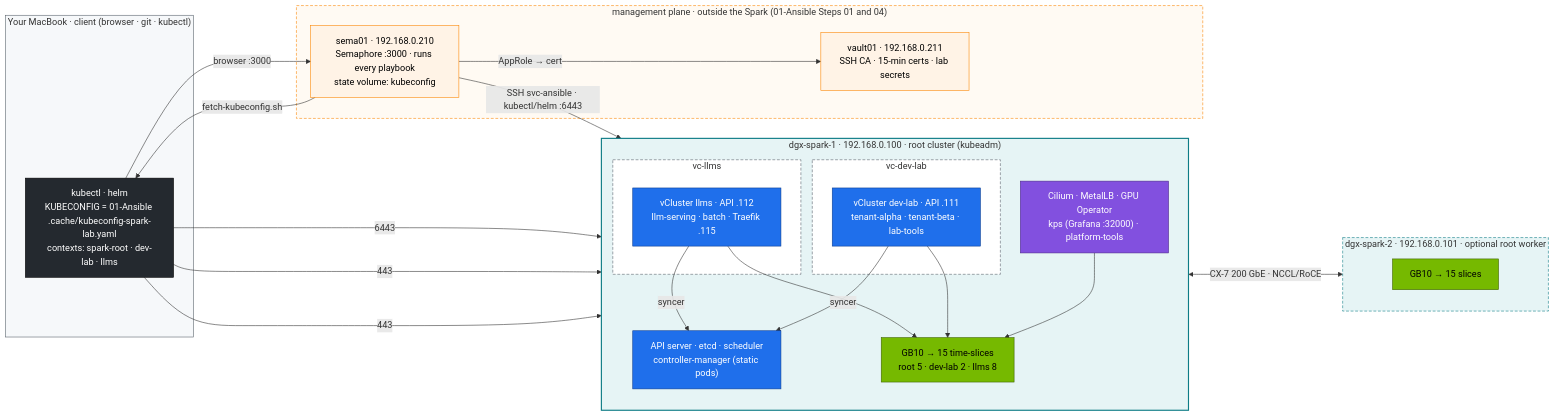
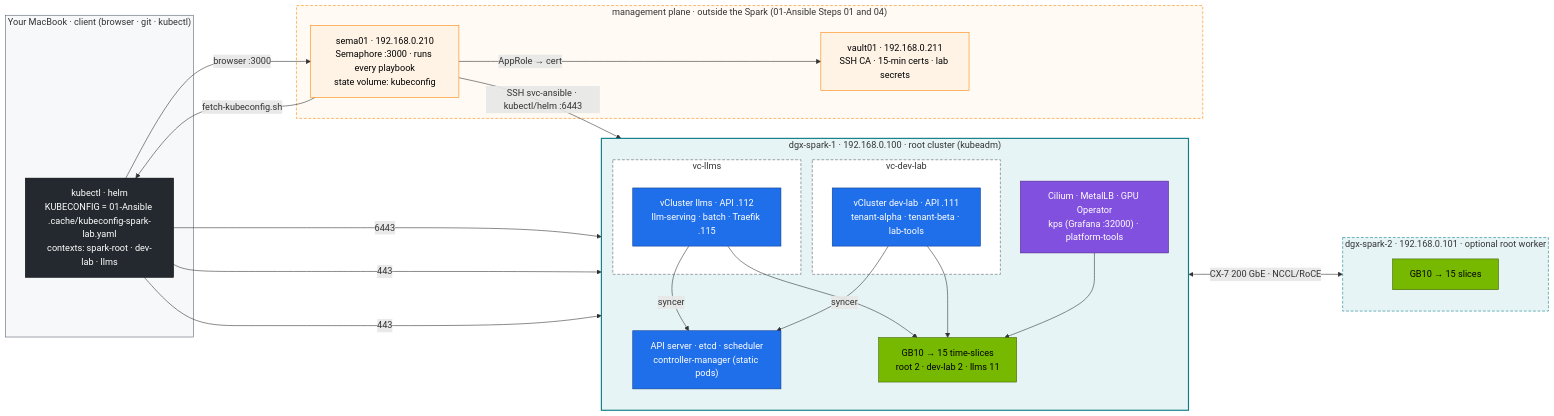
The diagram in 02-Kubernetes/lab/README.md (cloudone365/technical-depth), drawn with Mermaid before and after one commit. The commit also changed other lines of this file and 48 other files, not shown here.

````diff
--- a/02-Kubernetes/lab/README.md
+++ b/02-Kubernetes/lab/README.md
@@ -65,53 +65,53 @@
 ```mermaid
 flowchart LR
   subgraph CTL["Your MacBook · client (browser · git · kubectl)"]
     K["kubectl · helm<br/>KUBECONFIG = 01-Ansible .cache/kubeconfig-spark-lab.yaml<br/>contexts: spark-root · dev-lab · llms"]
   end
   subgraph MGMT["management plane · outside the Spark (01-Ansible Steps 01 and 04)"]
     SEMA["sema01 · 192.168.0.210<br/>Semaphore :3000 · runs every playbook<br/>state volume: kubeconfig"]
     VLT["vault01 · 192.168.0.211<br/>SSH CA · 15-min certs · lab secrets"]
   end
   subgraph S1["dgx-spark-1 · 192.168.0.100 · root cluster (kubeadm)"]
     direction TB
     CP["API server · etcd · scheduler<br/>controller-manager (static pods)"]
     PL["Cilium · MetalLB · GPU Operator<br/>kps (Grafana :32000) · platform-tools"]
     subgraph VD["vc-dev-lab"]
       DV["vCluster dev-lab · API .111<br/>tenant-alpha · tenant-beta · lab-tools"]
     end
     subgraph VL["vc-llms"]
       LV["vCluster llms · API .112<br/>llm-serving · batch · Traefik .115"]
     end
-    GPU["GB10 → 15 time-slices<br/>root 5 · dev-lab 2 · llms 8"]
+    GPU["GB10 → 15 time-slices<br/>root 2 · dev-lab 2 · llms 11"]
   end
   subgraph S2["dgx-spark-2 · 192.168.0.101 · optional root worker"]
     G2["GB10 → 15 slices"]
   end
   K -->|"browser :3000"| SEMA
   SEMA -->|"fetch-kubeconfig.sh"| K
   SEMA -->|"AppRole → cert"| VLT
   SEMA -->|"SSH svc-ansible · kubectl/helm :6443"| S1
   K -->|6443| CP
   K -->|443| DV
   K -->|443| LV
   DV & LV -->|syncer| CP
   PL --> GPU
   DV & LV --> GPU
   S1 <-->|"CX-7 200 GbE · NCCL/RoCE"| S2
   classDef ctrl fill:#1f6feb,stroke:#0b3d91,color:#fff
   classDef gpu fill:#76b900,stroke:#3d6000,color:#000
   classDef net fill:#8250df,stroke:#4c2889,color:#fff
   classDef tenant fill:#eaeef2,stroke:#57606a,color:#000
   classDef ext fill:#24292f,stroke:#000,color:#fff
   class CP,DV,LV ctrl
   class GPU,G2 gpu
   class PL net
   class K ext
   classDef mgmt fill:#fff3e6,stroke:#fb8500,color:#000
   class SEMA,VLT mgmt
   style S1 fill:#e6f4f5,stroke:#0e7c86,stroke-width:2px
   style S2 fill:#e6f4f5,stroke:#0e7c86,stroke-dasharray:5 3
   style CTL fill:#f6f8fa,stroke:#57606a
   style MGMT fill:#fffaf3,stroke:#fb8500,stroke-dasharray:5 3
   style VD fill:#ffffff,stroke:#57606a,stroke-dasharray:5 3
   style VL fill:#ffffff,stroke:#57606a,stroke-dasharray:5 3
 ```
````
